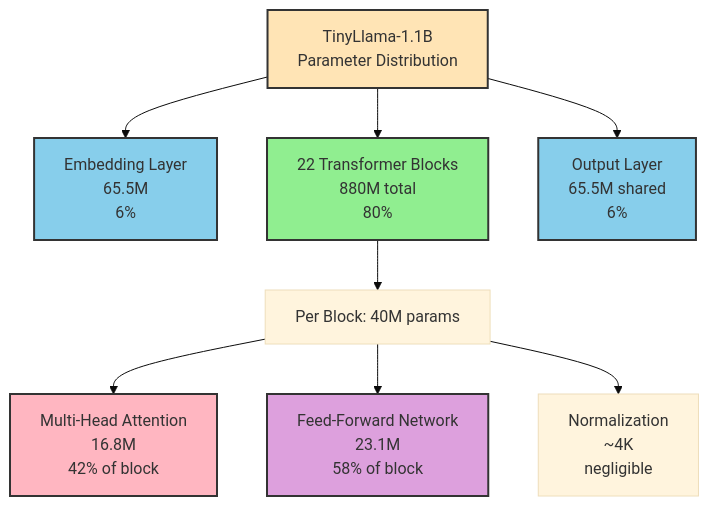
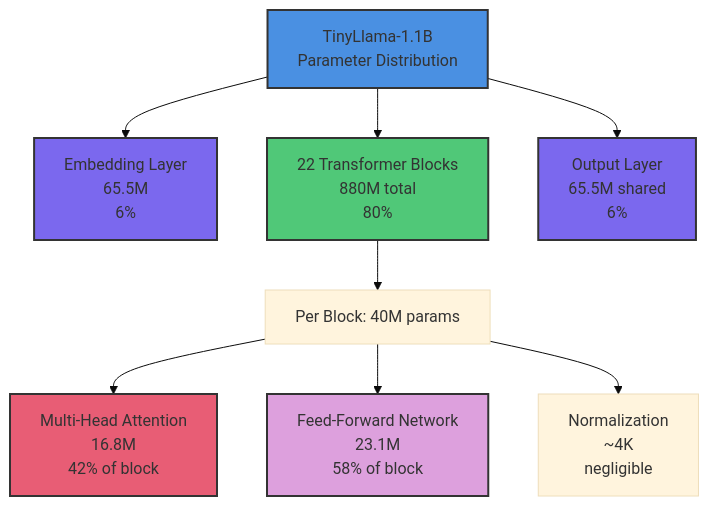
The seventh of 13 diagrams in content/lessons/ct7-architecture-basics.md (tenstorrent/tt-vscode-toolkit), drawn with Mermaid (base theme) before and after one commit. The commit also changed other lines of this file and 9 other files, not shown here.

````diff
--- a/content/lessons/ct7-architecture-basics.md
+++ b/content/lessons/ct7-architecture-basics.md
@@ -436,18 +436,18 @@
 ```mermaid
 graph TD
     A[TinyLlama-1.1B<br/>Parameter Distribution] --> B[Embedding Layer<br/>65.5M<br/>6%]
     A --> C[22 Transformer Blocks<br/>880M total<br/>80%]
     A --> D[Output Layer<br/>65.5M shared<br/>6%]
 
     C --> E[Per Block: 40M params]
     E --> F[Multi-Head Attention<br/>16.8M<br/>42% of block]
     E --> G[Feed-Forward Network<br/>23.1M<br/>58% of block]
     E --> H[Normalization<br/>~4K<br/>negligible]
 
-    style A fill:#FFE4B5,stroke:#333,stroke-width:2px
-    style B fill:#87CEEB,stroke:#333,stroke-width:2px
-    style C fill:#90EE90,stroke:#333,stroke-width:2px
-    style D fill:#87CEEB,stroke:#333,stroke-width:2px
-    style F fill:#FFB6C1,stroke:#333,stroke-width:2px
+    style A fill:#4A90E2,stroke:#333,stroke-width:2px
+    style B fill:#7B68EE,stroke:#333,stroke-width:2px
+    style C fill:#50C878,stroke:#333,stroke-width:2px
+    style D fill:#7B68EE,stroke:#333,stroke-width:2px
+    style F fill:#E85D75,stroke:#333,stroke-width:2px
     style G fill:#DDA0DD,stroke:#333,stroke-width:2px
 ```
````
